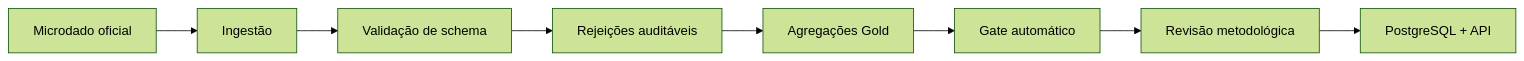
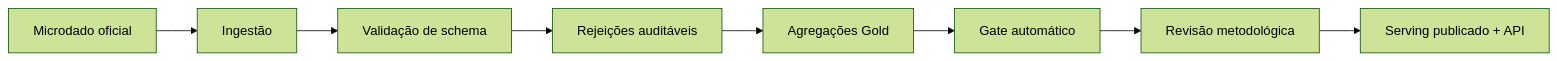
Before and after one commit to peedrovinicius/mercado-tech-brasil: the second of 3 diagrams in README.md, drawn with Mermaid (forest theme). The commit also changed other lines of this file and 7 other files, not shown here.

```diff
--- a/README.md
+++ b/README.md
@@ -87,10 +107,10 @@
 ~~~mermaid
 flowchart LR
     A["Microdado oficial"] --> B["Ingestão"]
     B --> C["Validação de schema"]
     C --> D["Rejeições auditáveis"]
     D --> E["Agregações Gold"]
     E --> F["Gate automático"]
     F --> G["Revisão metodológica"]
-    G --> H["PostgreSQL + API"]
+    G --> H["Serving publicado + API"]
 ~~~
```
